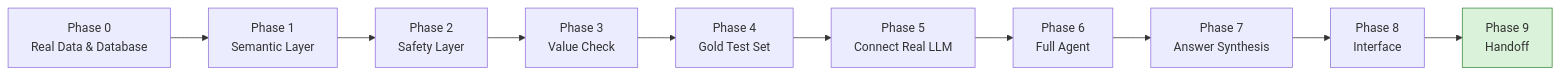
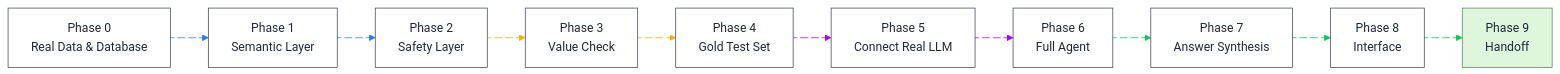
The tenth of 10 diagrams in Flowcharts_Mermaid_Source.md (Yuvrajtakk/logistics_chatbot), drawn with Mermaid before and after one commit. The commit also changed other lines of this file and 2 other files, not shown here.

````diff
--- a/Flowcharts_Mermaid_Source.md
+++ b/Flowcharts_Mermaid_Source.md
@@ -227,17 +399,46 @@
 ```mermaid
 flowchart LR
     P0["Phase 0<br/>Real Data & Database"]
     P1["Phase 1<br/>Semantic Layer"]
     P2["Phase 2<br/>Safety Layer"]
     P3["Phase 3<br/>Value Check"]
     P4["Phase 4<br/>Gold Test Set"]
     P5["Phase 5<br/>Connect Real LLM"]
     P6["Phase 6<br/>Full Agent"]
     P7["Phase 7<br/>Answer Synthesis"]
     P8["Phase 8<br/>Interface"]
     P9["Phase 9<br/>Handoff"]:::good
 
-    P0 --> P1 --> P2 --> P3 --> P4 --> P5 --> P6 --> P7 --> P8 --> P9
+    P0 L_P0_P1_0@--> P1
+    P1 L_P1_P2_0@--> P2
+    P2 L_P2_P3_0@--> P3
+    P3 L_P3_P4_0@--> P4
+    P4 L_P4_P5_0@--> P5
+    P5 L_P5_P6_0@--> P6
+    P6 L_P6_P7_0@--> P7
+    P7 L_P7_P8_0@--> P8
+    P8 L_P8_P9_0@--> P9
 
-    classDef good fill:#D9F2D9,stroke:#3C8A3C
+    classDef default fill:#FFFFFF,stroke:#3F4A5A,color:#1F2937
+    classDef good fill:#DFF6DD,stroke:#4F8A57,color:#1F2937
+
+    linkStyle 0 stroke:#2979FF,fill:none
+    linkStyle 1 stroke:#2979FF,fill:none
+    linkStyle 2 stroke:#FFAB00,fill:none
+    linkStyle 3 stroke:#FFAB00,fill:none
+    linkStyle 4 stroke:#AA00FF,fill:none
+    linkStyle 5 stroke:#AA00FF,fill:none
+    linkStyle 6 stroke:#00C853,fill:none
+    linkStyle 7 stroke:#00C853,fill:none
+    linkStyle 8 stroke:#00C853,fill:none
+
+    L_P0_P1_0@{ animation: slow }
+    L_P1_P2_0@{ animation: slow }
+    L_P2_P3_0@{ animation: slow }
+    L_P3_P4_0@{ animation: slow }
+    L_P4_P5_0@{ animation: slow }
+    L_P5_P6_0@{ animation: slow }
+    L_P6_P7_0@{ animation: slow }
+    L_P7_P8_0@{ animation: slow }
+    L_P8_P9_0@{ animation: slow }
 ```
````
